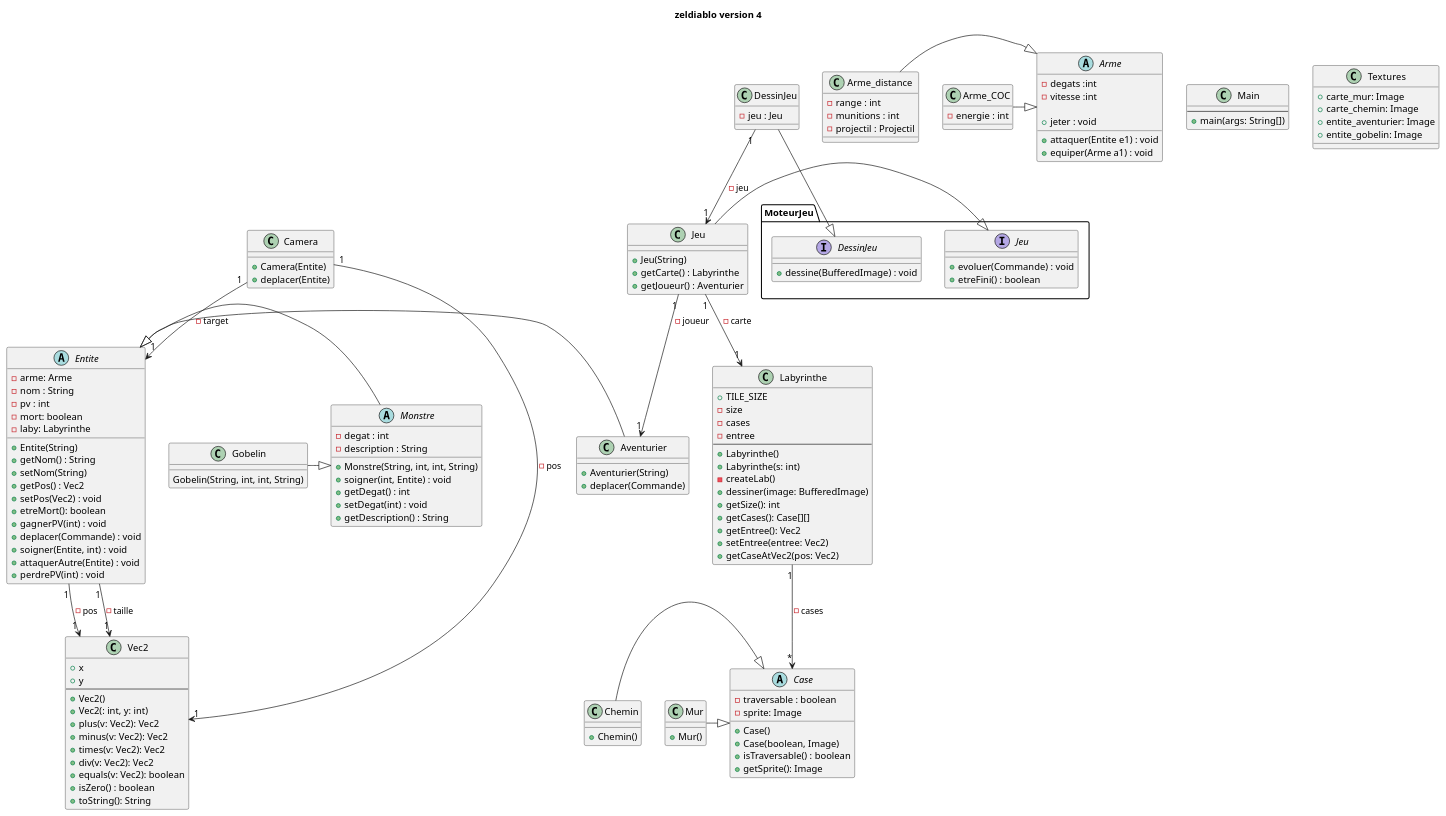
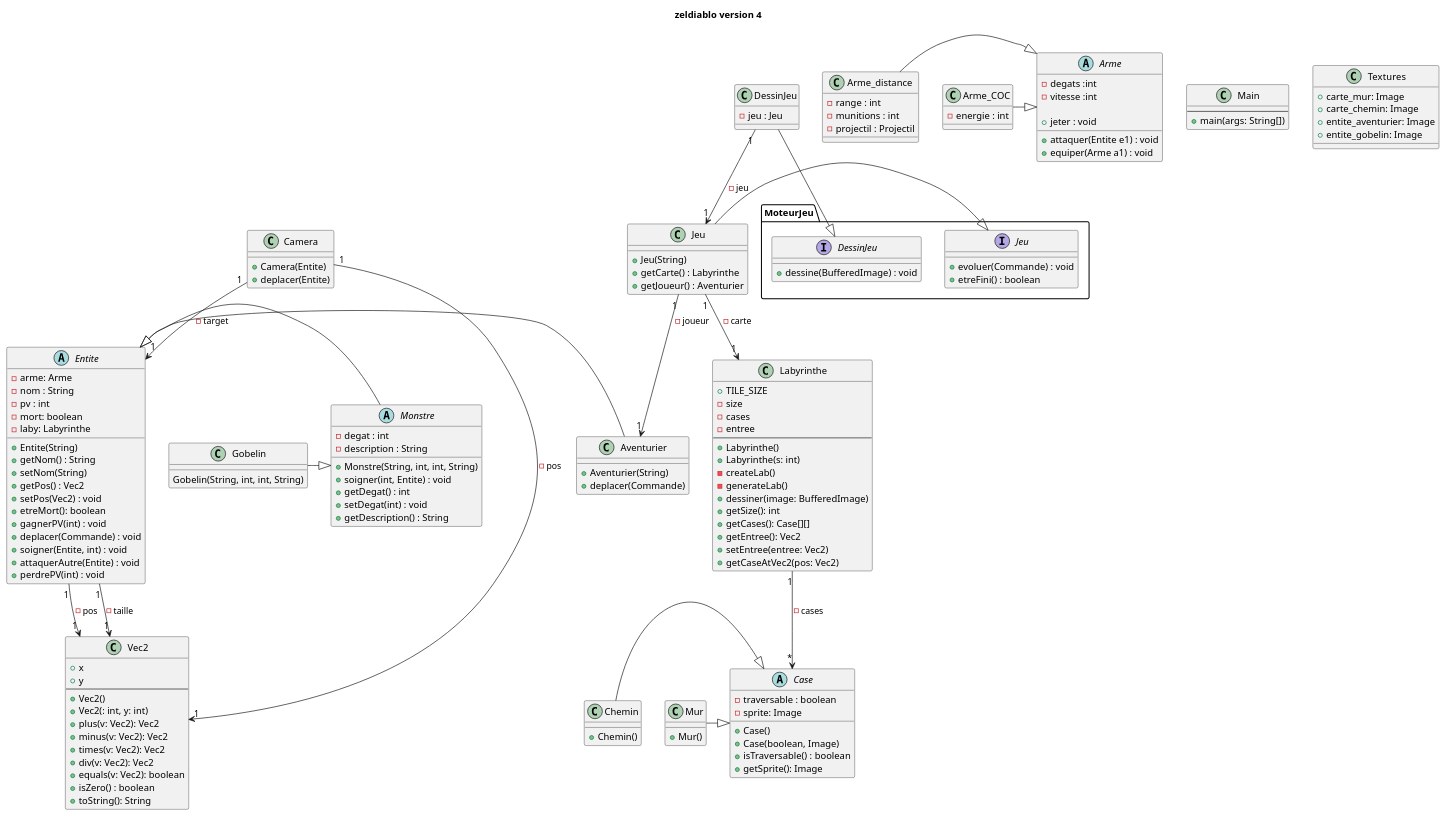
The diagram in documents/version_4/diagramme_classe_version_4.puml (toxicbloud/Zeldiablo), drawn with PlantUML before and after one commit. The commit also changed 3 other files, not shown here.

Commit message:
Diagramme de classe et séquence génération lab

```diff
--- a/documents/version_4/diagramme_classe_version_4.puml
+++ b/documents/version_4/diagramme_classe_version_4.puml
@@ -1,172 +1,173 @@
 @startuml
 title zeldiablo version 4
 
 class Jeu{
 
     + Jeu(String)
     + getCarte() : Labyrinthe
     + getJoueur() : Aventurier
 }
 
 abstract class Case{
     - traversable : boolean
     - sprite: Image
     + Case()
     + Case(boolean, Image)
     + isTraversable() : boolean
     + getSprite(): Image
 }
 
 class Chemin{
 
     + Chemin()
 }
 
 class Mur{
 
     + Mur()
 }
 
 class Labyrinthe {
     + TILE_SIZE
     - size
     - cases
     - entree
     --
     + Labyrinthe()
     + Labyrinthe(s: int)
     - createLab()
+    - generateLab()
     + dessiner(image: BufferedImage)
     + getSize(): int
     + getCases(): Case[][]
     + getEntree(): Vec2
     + setEntree(entree: Vec2)
     + getCaseAtVec2(pos: Vec2)
 }
 
 class Vec2 {
     + x
     + y
     --
     + Vec2()
     + Vec2(: int, y: int)
     + plus(v: Vec2): Vec2
     + minus(v: Vec2): Vec2
     + times(v: Vec2): Vec2
     + div(v: Vec2): Vec2
     + equals(v: Vec2): boolean
     + isZero() : boolean
     + toString(): String
 }
 
 abstract class Entite{
     - arme: Arme
     - nom : String
     - pv : int
     - mort: boolean
     - laby: Labyrinthe
 
     + Entite(String)
     + getNom() : String
     + setNom(String)
     + getPos() : Vec2
     + setPos(Vec2) : void
     + etreMort(): boolean
     + gagnerPV(int) : void
     + deplacer(Commande) : void
     + soigner(Entite, int) : void
     + attaquerAutre(Entite) : void
     + perdrePV(int) : void
 
 }
 
 abstract Monstre{
     - degat : int
     - description : String
 
     + Monstre(String, int, int, String)
     + soigner(int, Entite) : void
     + getDegat() : int
     + setDegat(int) : void
     + getDescription() : String
 }
 
 class Gobelin{
 
     Gobelin(String, int, int, String)
 }
 
 class Aventurier{
     + Aventurier(String)
     + deplacer(Commande)
 }
 
 class DessinJeu{
     - jeu : Jeu
 }
 
 class Main{
     --
     + main(args: String[])
 }
 
 interface MoteurJeu.DessinJeu{
     + dessine(BufferedImage) : void
 }
 
 interface MoteurJeu.Jeu{
     + evoluer(Commande) : void
     + etreFini() : boolean
 }
 
 
 class Camera {
     + Camera(Entite)
     + deplacer(Entite)
 }
 
 class Textures {
     + carte_mur: Image
     + carte_chemin: Image
     + entite_aventurier: Image
     + entite_gobelin: Image
 }
 
 abstract class Arme{
     - degats :int
     - vitesse :int
 
     + attaquer(Entite e1) : void
     + jeter : void 
     + equiper(Arme a1) : void 
 }
 
 class Arme_distance{
     - range : int
     - munitions : int
     - projectil : Projectil 
 }
 
 class Arme_COC {
     - energie : int
 }
 
 
 Labyrinthe "1" --> "*" Case : - cases
 Chemin -|> Case
 Mur -|> Case
 Jeu -|> MoteurJeu.Jeu
 DessinJeu -|> MoteurJeu.DessinJeu
 Aventurier -|> Entite
 Monstre -|> Entite
 Gobelin -|> Monstre
 Arme_distance -|> Arme
 Arme_COC -|> Arme
 Jeu "1" --> "1" Labyrinthe : - carte
 Jeu "1" --> "1" Aventurier : - joueur
 DessinJeu "1" --> "1" Jeu : - jeu
 Camera "1" --> "1" Entite : - target
 Camera "1" --> "1" Vec2 : - pos
 Entite "1" --> "1" Vec2 : - pos
 Entite "1" --> "1" Vec2 : - taille
 @enduml
```
